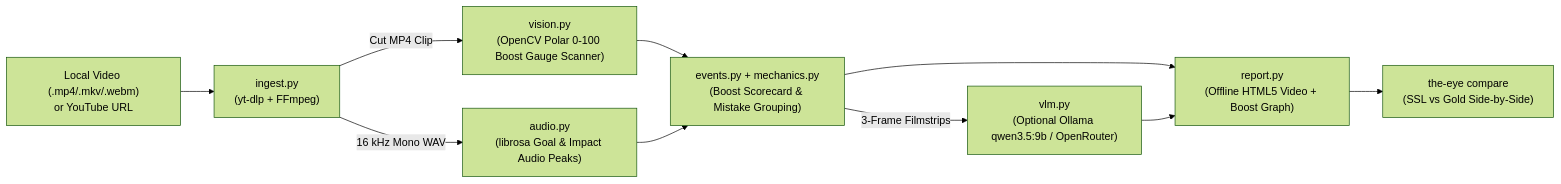
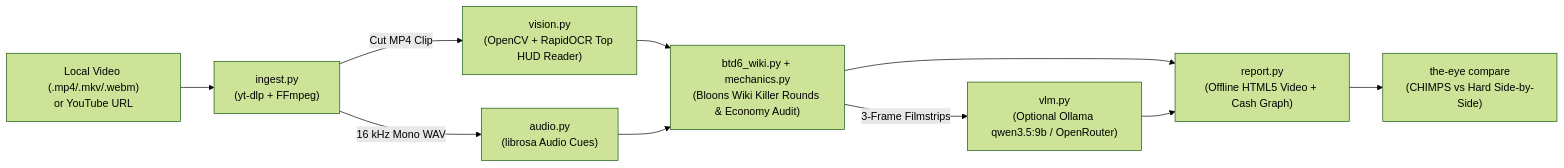
One commit to Alonlevy01/The-Eye changed the diagram in README.md. Above: the diagram before and after it, drawn with Mermaid (forest theme). The commit also changed other lines of this file and 17 other files, not shown here.

Commit message:
feat(btd6): pivot The-Eye to Bloons TD 6 full-game CV, wiki checks & image embeddings

````diff
--- a/README.md
+++ b/README.md
@@ -9,12 +9,12 @@
 ```mermaid
 flowchart LR
     Input["Local Video (.mp4/.mkv/.webm)<br/>or YouTube URL"] --> Ingest["ingest.py<br/>(yt-dlp + FFmpeg)"]
-    Ingest -->|"Cut MP4 Clip"| CV["vision.py<br/>(OpenCV Polar 0-100 Boost Gauge Scanner)"]
-    Ingest -->|"16 kHz Mono WAV"| Audio["audio.py<br/>(librosa Goal & Impact Audio Peaks)"]
-    CV --> Fuse["events.py + mechanics.py<br/>(Boost Scorecard & Mistake Grouping)"]
-    Audio --> Fuse
-    Fuse -->|"3-Frame Filmstrips"| VLM["vlm.py<br/>(Optional Ollama qwen3.5:9b / OpenRouter)"]
-    Fuse --> Report["report.py<br/>(Offline HTML5 Video + Boost Graph)"]
+    Ingest -->|"Cut MP4 Clip"| OCR["vision.py<br/>(OpenCV + RapidOCR Top HUD Reader)"]
+    Ingest -->|"16 kHz Mono WAV"| Audio["audio.py<br/>(librosa Audio Cues)"]
+    OCR --> Wiki["btd6_wiki.py + mechanics.py<br/>(Bloons Wiki Killer Rounds & Economy Audit)"]
+    Audio --> Wiki
+    Wiki -->|"3-Frame Filmstrips"| VLM["vlm.py<br/>(Optional Ollama qwen3.5:9b / OpenRouter)"]
+    Wiki --> Report["report.py<br/>(Offline HTML5 Video + Cash Graph)"]
     VLM --> Report
-    Report --> Compare["the-eye compare<br/>(SSL vs Gold Side-by-Side)"]
+    Report --> Compare["the-eye compare<br/>(CHIMPS vs Hard Side-by-Side)"]
 ```
````
